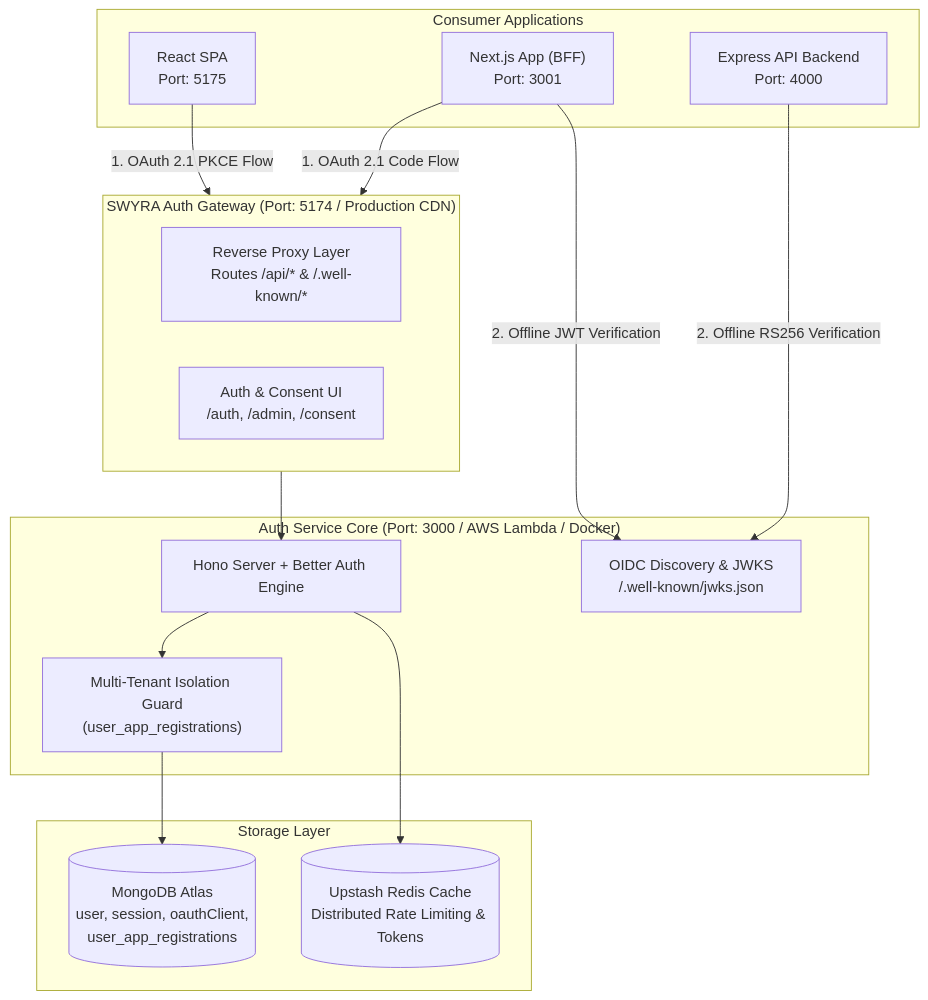
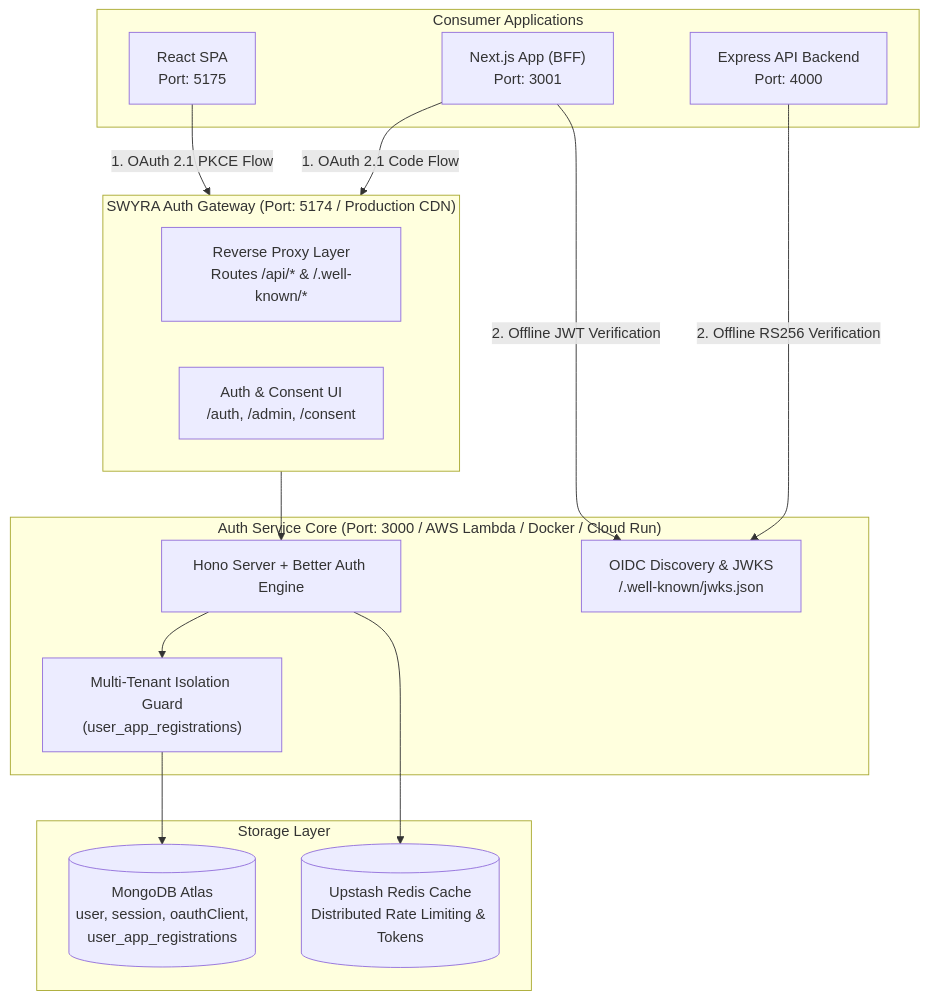
Before and after one commit to SGOD-pro/OAuth2.1: the first of 2 diagrams in README.md, drawn with Mermaid. The commit also changed other lines of this file and 17 other files, not shown here.

````diff
--- a/README.md
+++ b/README.md
@@ -11,33 +11,33 @@
 ```mermaid
 flowchart TD
     subgraph Clients["Consumer Applications"]
         NextApp["Next.js App (BFF)<br/>Port: 3001"]
         ReactApp["React SPA<br/>Port: 5175"]
         ExpressApp["Express API Backend<br/>Port: 4000"]
     end
 
     subgraph Gateway["SWYRA Auth Gateway (Port: 5174 / Production CDN)"]
         ViteProxy["Reverse Proxy Layer<br/>Routes /api/* & /.well-known/*"]
         AuthUI["Auth & Consent UI<br/>/auth, /admin, /consent"]
     end
 
-    subgraph Core["Auth Service Core (Port: 3000 / AWS Lambda / Docker)"]
+    subgraph Core["Auth Service Core (Port: 3000 / AWS Lambda / Docker / Cloud Run)"]
         HonoApp["Hono Server + Better Auth Engine"]
         AppIsolation["Multi-Tenant Isolation Guard<br/>(user_app_registrations)"]
         JWKSEndpoint["OIDC Discovery & JWKS<br/>/.well-known/jwks.json"]
     end
 
     subgraph Data["Storage Layer"]
         MongoDB[("MongoDB Atlas<br/>user, session, oauthClient,<br/>user_app_registrations")]
         Redis[("Upstash Redis Cache<br/>Distributed Rate Limiting & Tokens")]
     end
 
     NextApp -- "1. OAuth 2.1 Code Flow" --> Gateway
     ReactApp -- "1. OAuth 2.1 PKCE Flow" --> Gateway
     Gateway --> HonoApp
     HonoApp --> AppIsolation
     AppIsolation --> MongoDB
     HonoApp --> Redis
     ExpressApp -- "2. Offline RS256 Verification" --> JWKSEndpoint
     NextApp -- "2. Offline JWT Verification" --> JWKSEndpoint
 ```
````
